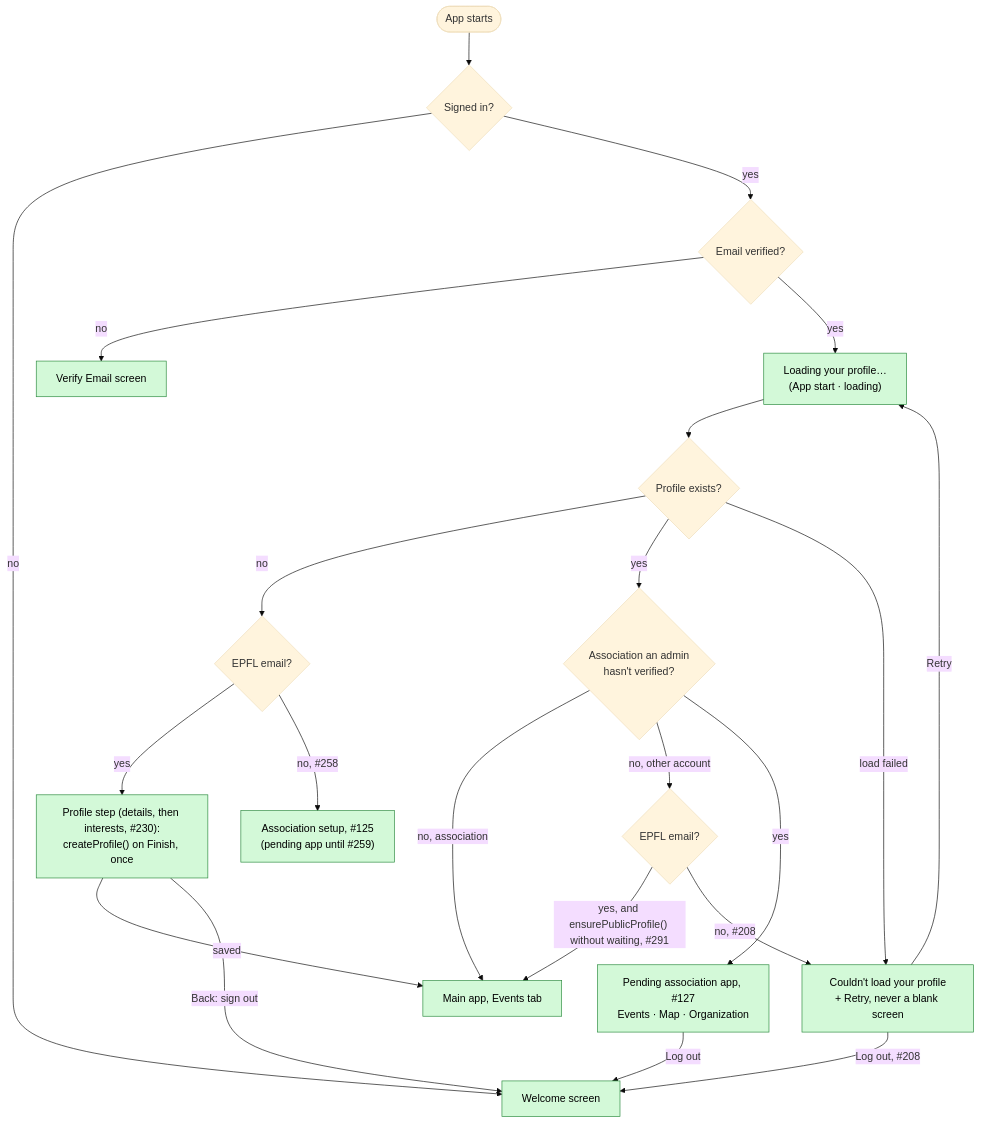
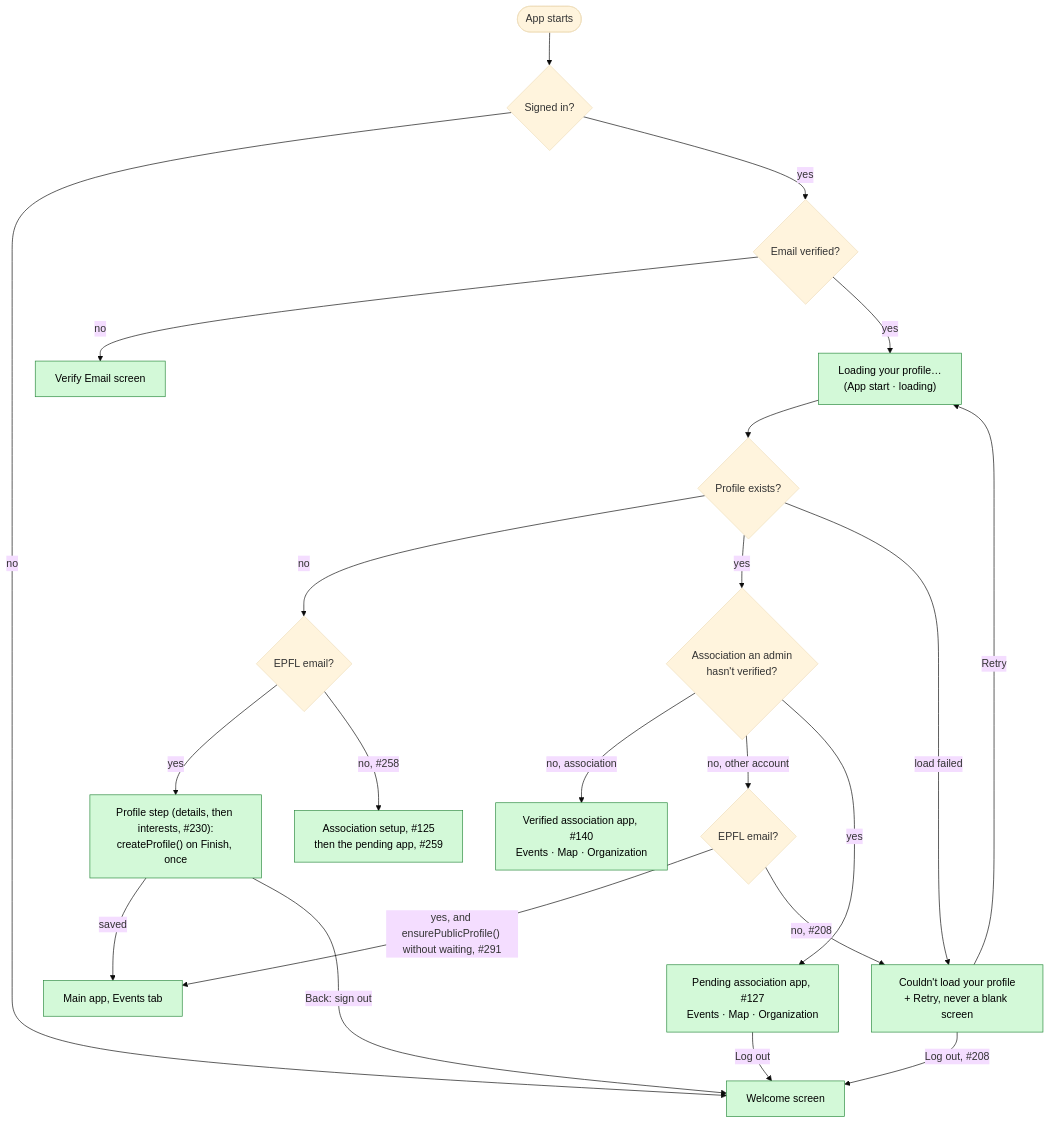
Before and after one commit to swent-polysocial/PolySocial: the tenth of 13 diagrams in docs/Architecture-Diagram.md, drawn with Mermaid (base theme). The commit also changed other lines of this file, not shown here.

First line of the commit message:
docs: mark the association routing as built

````diff
--- a/docs/Architecture-Diagram.md
+++ b/docs/Architecture-Diagram.md
@@ -365,25 +365,25 @@
 ```mermaid
 flowchart TD
   classDef s1 fill:#d3f9d8,stroke:#2b8a3e,color:#000
   start(["App starts"]) --> q1{"Signed in?"}
   q1 -- no --> welcome["Welcome screen"]:::s1
   q1 -- yes --> q2{"Email verified?"}
   q2 -- no --> verify["Verify Email screen"]:::s1
   q2 -- yes --> load["Loading your profile…<br/>(App start · loading)"]:::s1 --> q3{"Profile exists?"}
   q3 -- no --> q5{"EPFL email?"}
   q5 -- yes --> create["Profile step (details, then interests, #230):<br/>createProfile() on Finish, once"]:::s1
   main["Main app, Events tab"]:::s1
   create -- "saved" --> main
   create -- "Back: sign out" --> welcome
   q3 -- yes --> q4{"Association an admin<br/>hasn't verified?"}
-  q4 -- "no, association" --> main
+  q4 -- "no, association" --> associationMain["Verified association app, #140<br/>Events · Map · Organization"]:::s1
   q4 -- "no, other account" --> q6{"EPFL email?"}
   q6 -- "yes, and ensurePublicProfile() without waiting, #291" --> main
   q4 -- yes --> pending["Pending association app, #127<br/>Events · Map · Organization"]:::s1
   pending -- "Log out" --> welcome
   q3 -- "load failed" --> err["Couldn't load your profile<br/>+ Retry, never a blank screen"]:::s1
   err -- "Retry" --> load
   err -- "Log out, #208" --> welcome
-  q5 -- "no, #258" --> setup["Association setup, #125<br/>(pending app until #259)"]:::s1
+  q5 -- "no, #258" --> setup["Association setup, #125<br/>then the pending app, #259"]:::s1
   q6 -- "no, #208" --> err
 ```
````
